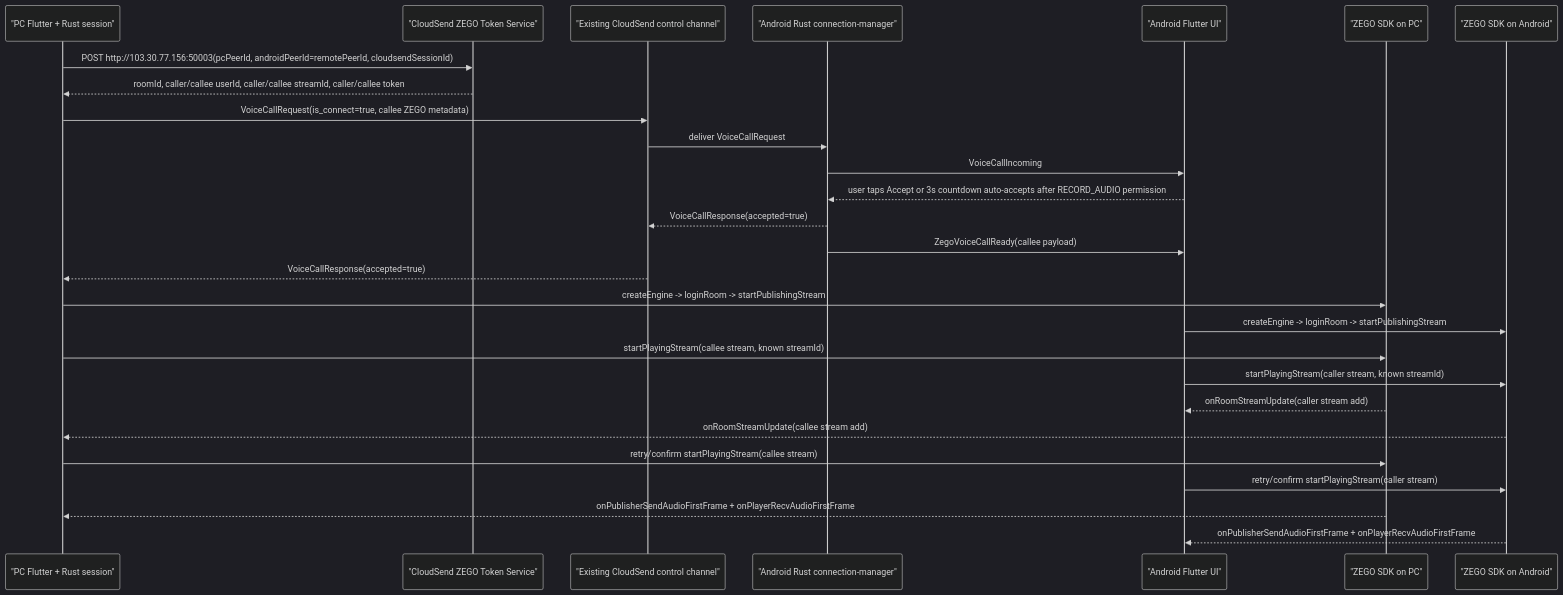
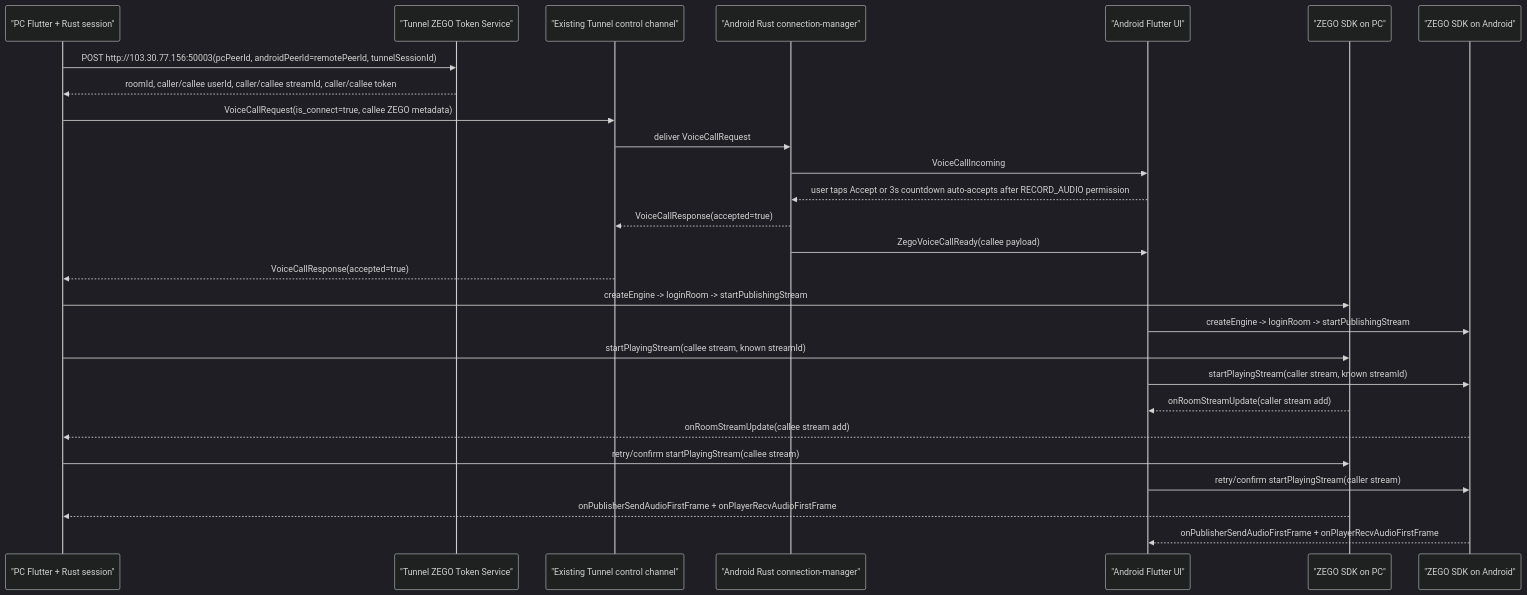
The first of 3 diagrams in docs/ZEGO_VOICE_CALL_ARCHITECTURE.md (adb-shell/Tunnel), drawn with Mermaid (dark theme) before and after one commit. The commit also changed other lines of this file and 285 other files, not shown here.

````diff
--- a/docs/ZEGO_VOICE_CALL_ARCHITECTURE.md
+++ b/docs/ZEGO_VOICE_CALL_ARCHITECTURE.md
@@ -17,30 +17,30 @@
 ```mermaid
 sequenceDiagram
     participant PC as "PC Flutter + Rust session"
-    participant Token as "CloudSend ZEGO Token Service"
-    participant Conn as "Existing CloudSend control channel"
+    participant Token as "Tunnel ZEGO Token Service"
+    participant Conn as "Existing Tunnel control channel"
     participant AndroidRust as "Android Rust connection-manager"
     participant AndroidUI as "Android Flutter UI"
     participant ZegoPC as "ZEGO SDK on PC"
     participant ZegoAndroid as "ZEGO SDK on Android"
 
-    PC->>Token: POST http://103.30.77.156:50003(pcPeerId, androidPeerId=remotePeerId, cloudsendSessionId)
+    PC->>Token: POST http://103.30.77.156:50003(pcPeerId, androidPeerId=remotePeerId, tunnelSessionId)
     Token-->>PC: roomId, caller/callee userId, caller/callee streamId, caller/callee token
     PC->>Conn: VoiceCallRequest(is_connect=true, callee ZEGO metadata)
     Conn->>AndroidRust: deliver VoiceCallRequest
     AndroidRust->>AndroidUI: VoiceCallIncoming
     AndroidUI-->>AndroidRust: user taps Accept or 3s countdown auto-accepts after RECORD_AUDIO permission
     AndroidRust-->>Conn: VoiceCallResponse(accepted=true)
     AndroidRust->>AndroidUI: ZegoVoiceCallReady(callee payload)
     Conn-->>PC: VoiceCallResponse(accepted=true)
     PC->>ZegoPC: createEngine -> loginRoom -> startPublishingStream
     AndroidUI->>ZegoAndroid: createEngine -> loginRoom -> startPublishingStream
     PC->>ZegoPC: startPlayingStream(callee stream, known streamId)
     AndroidUI->>ZegoAndroid: startPlayingStream(caller stream, known streamId)
     ZegoPC-->>AndroidUI: onRoomStreamUpdate(caller stream add)
     ZegoAndroid-->>PC: onRoomStreamUpdate(callee stream add)
     PC->>ZegoPC: retry/confirm startPlayingStream(callee stream)
     AndroidUI->>ZegoAndroid: retry/confirm startPlayingStream(caller stream)
     ZegoPC-->>PC: onPublisherSendAudioFirstFrame + onPlayerRecvAudioFirstFrame
     ZegoAndroid-->>AndroidUI: onPublisherSendAudioFirstFrame + onPlayerRecvAudioFirstFrame
 ```
````
